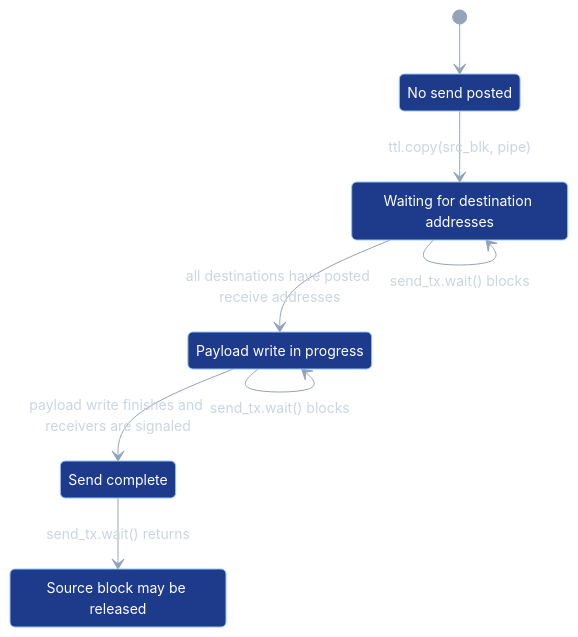
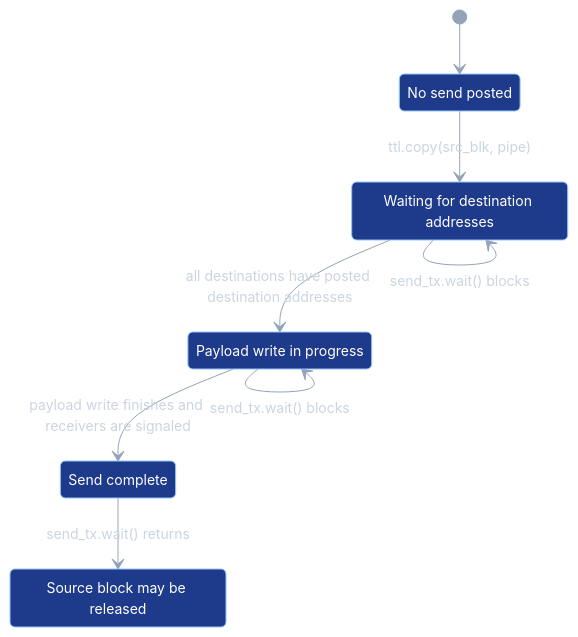
One commit to tenstorrent/tt-lang changed the second of 4 diagrams in docs/development/PipeNets.md. Above: the diagram before and after it, drawn with Mermaid. The commit also changed other lines of this file and 18 other files, not shown here.

````diff
--- a/docs/development/PipeNets.md
+++ b/docs/development/PipeNets.md
@@ -102,20 +102,20 @@
 ```mermaid
 %%{init: {"theme": "base", "themeVariables": {"primaryColor": "#1e3a8a", "primaryTextColor": "#ffffff", "primaryBorderColor": "#93c5fd", "lineColor": "#94a3b8", "textColor": "#cbd5e1", "labelTextColor": "#cbd5e1", "edgeLabelBackground": "transparent", "fontSize": "14px"}}}%%
 stateDiagram-v2
     state "No send posted" as NoSendPosted
     state "Waiting for destination addresses" as WaitingForDestinationAddresses
     state "Payload write in progress" as PayloadWriteInProgress
     state "Send complete" as SendComplete
     state "Source block may be released" as SourceBlockMayBeReleased
 
     [*] --> NoSendPosted
     NoSendPosted --> WaitingForDestinationAddresses: ttl.copy(src_blk, pipe)
-    WaitingForDestinationAddresses --> PayloadWriteInProgress: all destinations have posted receive addresses
+    WaitingForDestinationAddresses --> PayloadWriteInProgress: all destinations have posted destination addresses
     PayloadWriteInProgress --> SendComplete: payload write finishes and receivers are signaled
     SendComplete --> SourceBlockMayBeReleased: send_tx.wait() returns
     WaitingForDestinationAddresses --> WaitingForDestinationAddresses: send_tx.wait() blocks
     PayloadWriteInProgress --> PayloadWriteInProgress: send_tx.wait() blocks
 
     classDef pipeState fill:#1e3a8a,stroke:#93c5fd,color:#ffffff
     class NoSendPosted,WaitingForDestinationAddresses,PayloadWriteInProgress,SendComplete,SourceBlockMayBeReleased pipeState
 ```
````
